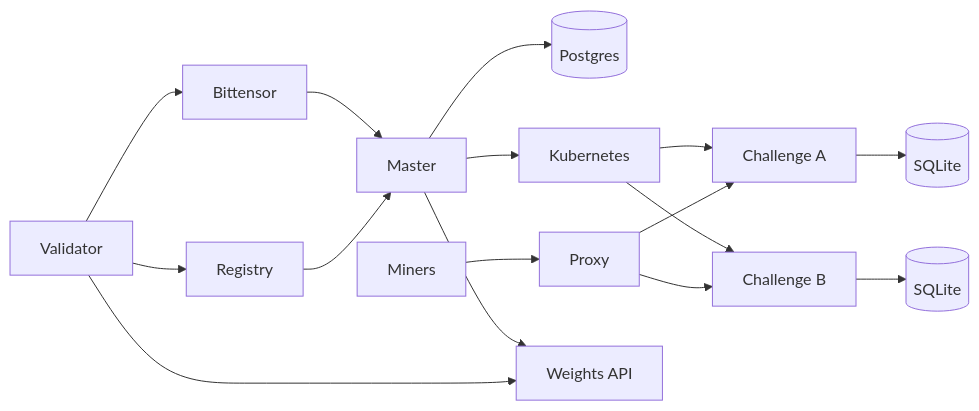
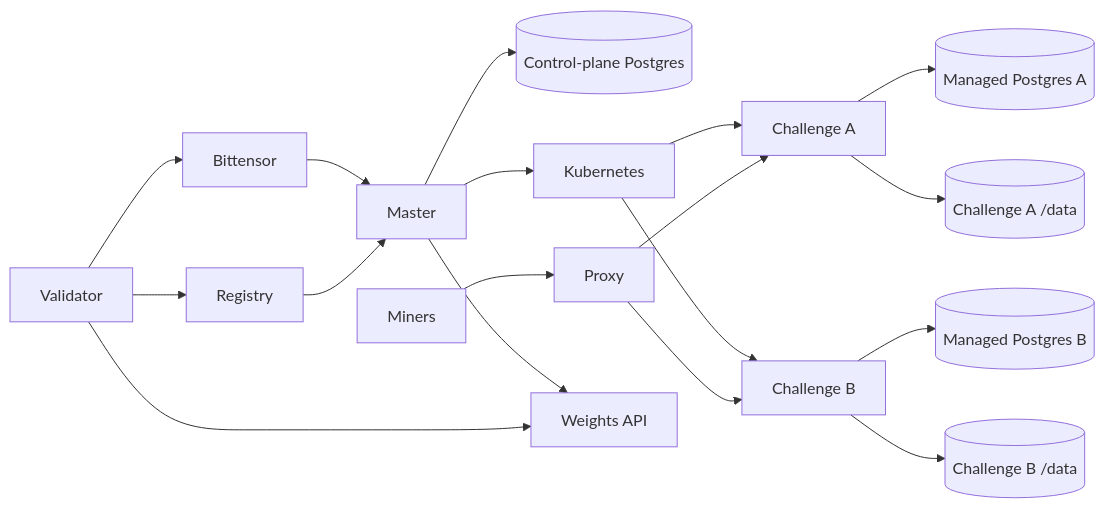
One commit to PlatformNetwork/platform changed the first of 2 diagrams in README.md. Above: the diagram before and after it, drawn with Mermaid. The commit also changed other lines of this file and 6 other files, not shown here.

Commit message:
Document managed challenge Postgres

````diff
--- a/README.md
+++ b/README.md
@@ -59,18 +60,20 @@
 ```mermaid
 flowchart LR
     BT[Bittensor] --> M[Master]
-    M --> PG[(Postgres)]
+    M --> PG[(Control-plane Postgres)]
     M --> K8S[Kubernetes]
     K8S --> C1[Challenge A]
     K8S --> C2[Challenge B]
-    C1 --> S1[(SQLite)]
-    C2 --> S2[(SQLite)]
+    C1 --> P1[(Managed Postgres A)]
+    C2 --> P2[(Managed Postgres B)]
+    C1 --> D1[(Challenge A /data)]
+    C2 --> D2[(Challenge B /data)]
     V[Validator] --> R[Registry]
     R --> M
     U[Miners] --> P[Proxy]
     P --> C1
     P --> C2
     M --> W[Weights API]
     V --> W
     V --> BT
 ```
````
